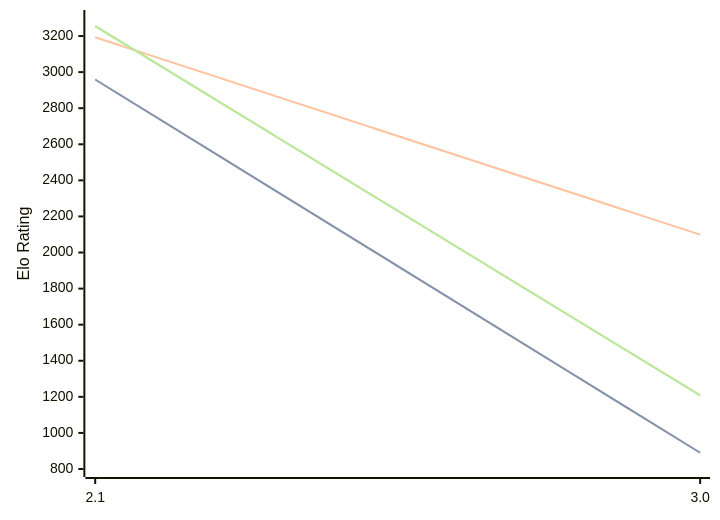
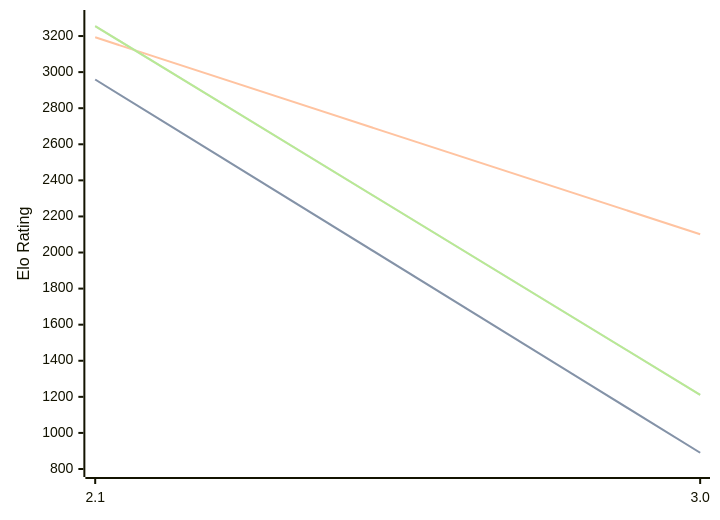
One commit to computer-chess-index/cci changed the diagram in engines/Quirky.md. Above: the diagram before and after it, drawn with Mermaid. The commit also changed other lines of this file, not shown here.

Commit message:
Update CCI Ratings (ELO VLTC) - 2026-09-12

````diff
--- a/engines/Quirky.md
+++ b/engines/Quirky.md
@@ -32,11 +32,11 @@
 ```mermaid
 %%{init: {"theme":"base","themeVariables":{"seriesColors:['#a3a3a3','#222221','#faa371']}}}%%
 xychart-beta
   x-axis ["2.1", "3.0"]
   y-axis "Elo Rating" 800 --> 3300
   line "" [2959, 890]
   line "STC (8.0+0.08s)" [2959, 890]
-  line "LTC (60.0+0.60s)" [3193, 2099]
-  line "" [3255, 1208]
-  line "VLTC (2m24s+1.12s)" [3255, 1208]
+  line "LTC (60.0+0.60s)" [3193, 2101]
+  line "" [3255, 1211]
+  line "VLTC (2m24s+1.12s)" [3255, 1211]
 ```
````
